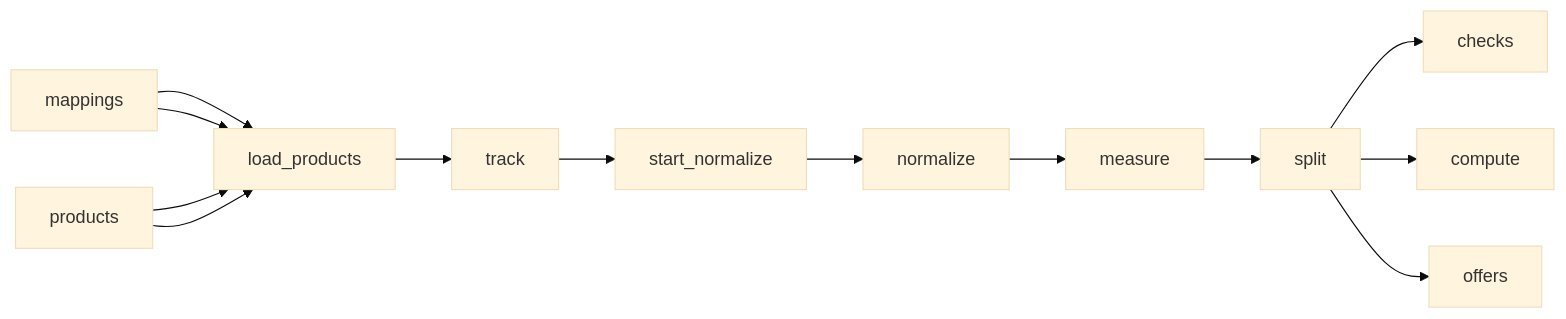
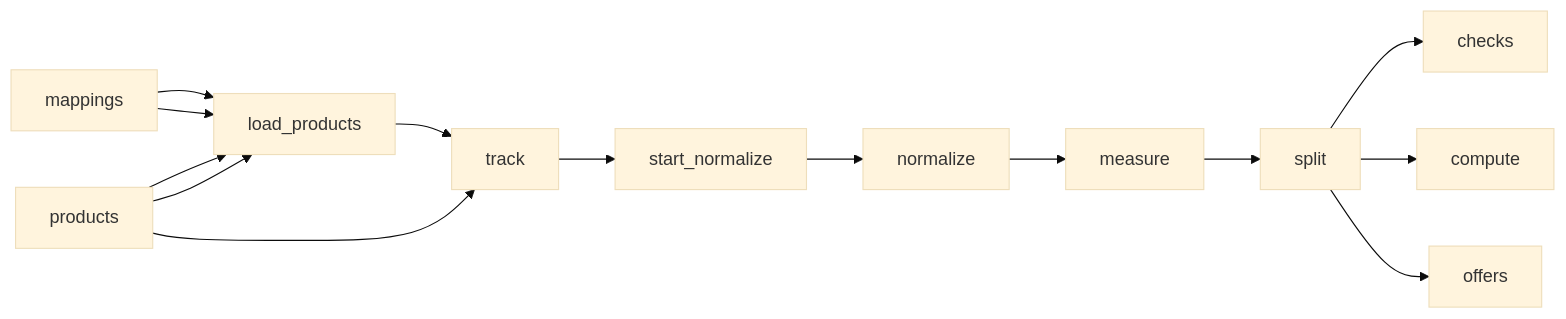
Before and after one commit to jsonifyco/public-datasets: the diagram in datasets/feedance-google-shopping-competitor-prices-b7971db4006b/README.md, drawn with Mermaid (base theme). The commit also changed other lines of this file, not shown here.

````diff
--- a/datasets/feedance-google-shopping-competitor-prices-b7971db4006b/README.md
+++ b/datasets/feedance-google-shopping-competitor-prices-b7971db4006b/README.md
@@ -235,26 +235,27 @@
 ```mermaid
 flowchart LR
   n0["mappings"]
   n1["products"]
   n2["load#95;products"]
   n3["track"]
   n4["start#95;normalize"]
   n5["normalize"]
   n6["measure"]
   n7["split"]
   n8["offers"]
   n9["checks"]
   n10["compute"]
   n2 --> n3
   n3 --> n4
   n4 --> n5
   n5 --> n6
   n6 --> n7
   n0 --> n2
   n1 --> n2
   n7 --> n9
   n7 --> n10
   n7 --> n8
   n0 --> n2
   n1 --> n2
+  n1 --> n3
 ```
````
